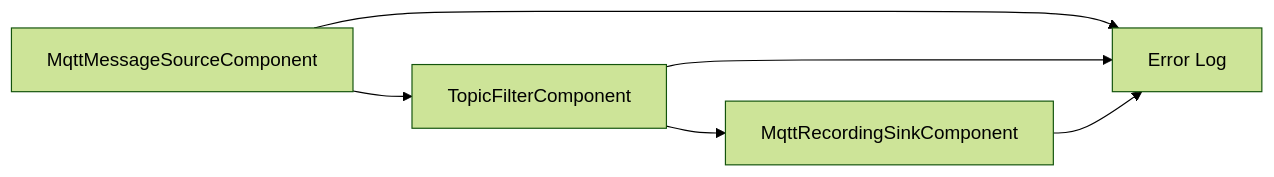
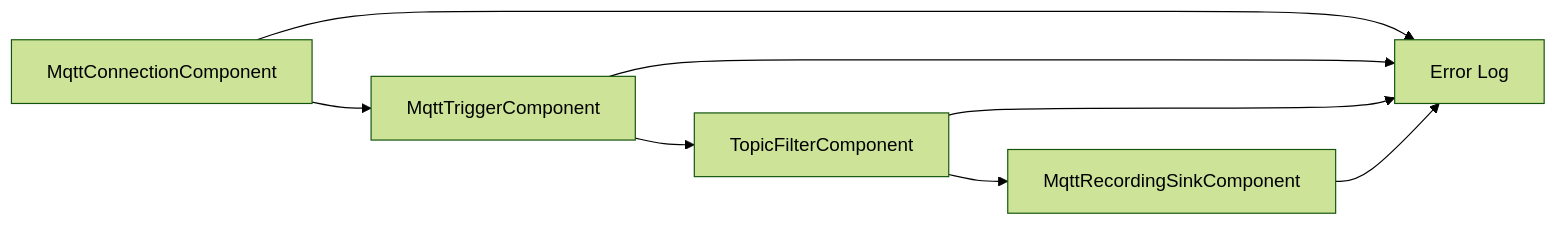
Diagram 15 of 16 in docs/flow-components.md (araxis/FluxMq), drawn with Mermaid (forest theme) before and after one commit. The commit also changed other lines of this file and 9 other files, not shown here.

Commit message:
docs: update flow component documentation

````diff
--- a/docs/flow-components.md
+++ b/docs/flow-components.md
@@ -493,8 +525,10 @@
 ```mermaid
 flowchart LR
-    Source["MqttMessageSourceComponent"] --> Filter["TopicFilterComponent"]
+    Connection["MqttConnectionComponent"] --> Trigger["MqttTriggerComponent"]
+    Trigger --> Filter["TopicFilterComponent"]
     Filter --> Record["MqttRecordingSinkComponent"]
-    Source --> ErrorLog["Error Log"]
+    Connection --> ErrorLog["Error Log"]
+    Trigger --> ErrorLog
     Filter --> ErrorLog
     Record --> ErrorLog
 ```
````
